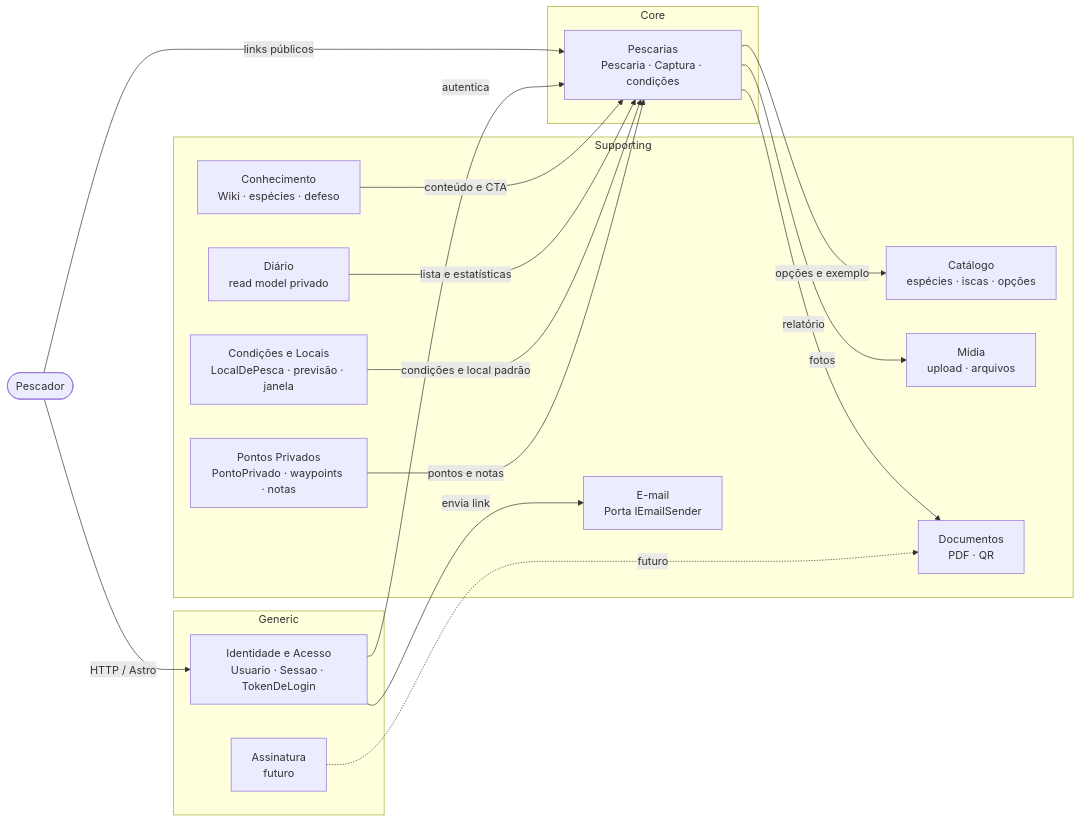
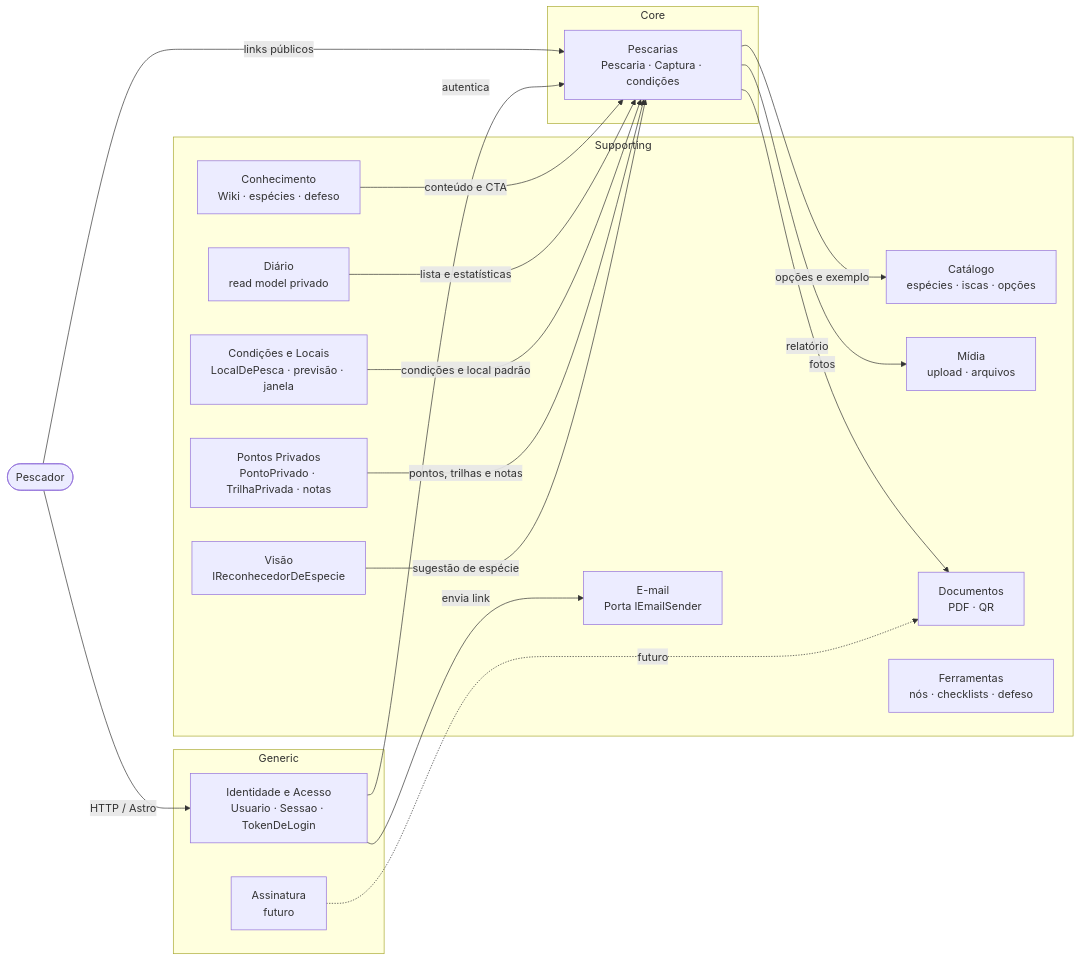
The diagram in Projetos/fisga/docs/ddd.md (AbsonDev/abson), drawn with Mermaid before and after one commit. The commit also changed other lines of this file and 49 other files, not shown here.

````diff
--- a/Projetos/fisga/docs/ddd.md
+++ b/Projetos/fisga/docs/ddd.md
@@ -12,36 +12,39 @@
 ```mermaid
 flowchart LR
   pescador([Pescador]) -->|HTTP / Astro| identidade
   pescador -->|links públicos| pescarias
 
   subgraph Core
     pescarias[Pescarias<br/>Pescaria · Captura · condições]
   end
 
   subgraph Generic
     identidade[Identidade e Acesso<br/>Usuario · Sessao · TokenDeLogin]
     assinatura[Assinatura<br/>futuro]
   end
 
   subgraph Supporting
     catalogo[Catálogo<br/>espécies · iscas · opções]
     conhecimento[Conhecimento<br/>Wiki · espécies · defeso]
     midia[Mídia<br/>upload · arquivos]
     documentos[Documentos<br/>PDF · QR]
     diario[Diário<br/>read model privado]
     condicoes[Condições e Locais<br/>LocalDePesca · previsão · janela]
-    pontos[Pontos Privados<br/>PontoPrivado · waypoints · notas]
+    pontos[Pontos Privados<br/>PontoPrivado · TrilhaPrivada · notas]
+    ferramentas[Ferramentas<br/>nós · checklists · defeso]
+    visao[Visão<br/>IReconhecedorDeEspecie]
     email[E-mail<br/>Porta IEmailSender]
   end
 
   identidade -->|autentica| pescarias
   identidade -->|envia link| email
   pescarias -->|opções e exemplo| catalogo
   conhecimento -->|conteúdo e CTA| pescarias
   pescarias -->|fotos| midia
   pescarias -->|relatório| documentos
   diario -->|lista e estatísticas| pescarias
   condicoes -->|condições e local padrão| pescarias
-  pontos -->|pontos e notas| pescarias
+  pontos -->|pontos, trilhas e notas| pescarias
+  visao -->|sugestão de espécie| pescarias
   assinatura -.->|futuro| documentos
 ```
````
